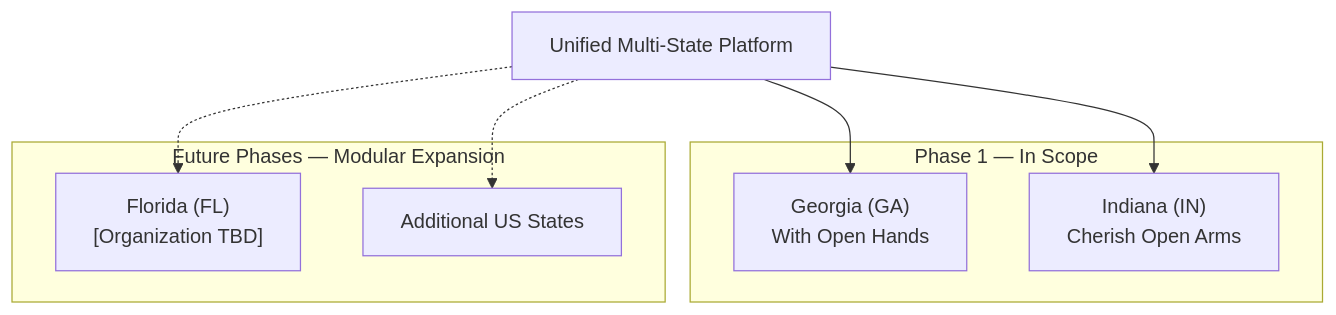
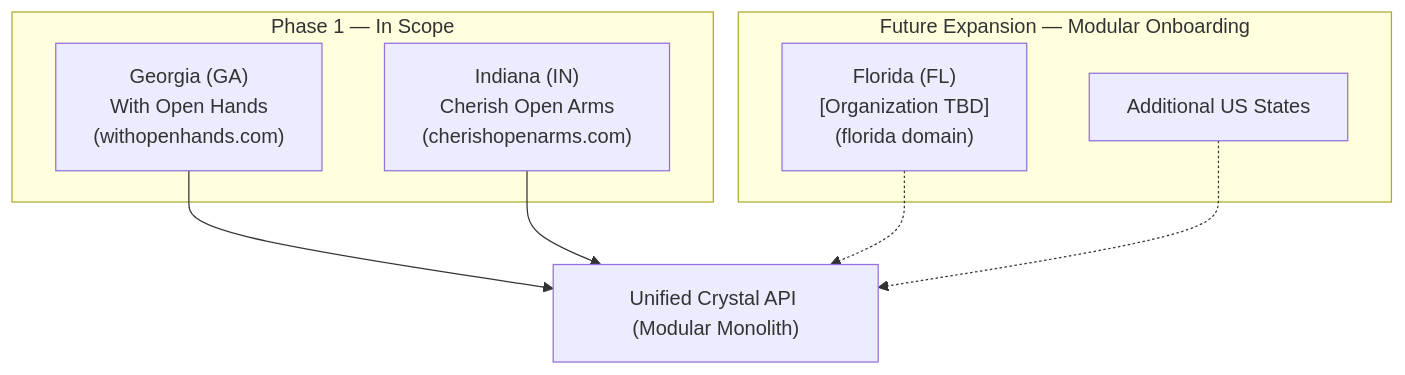
One commit to jico19/Crystal changed the first of 3 diagrams in docs/context.md. Above: the diagram before and after it, drawn with Mermaid. The commit also changed other lines of this file and 90 other files, not shown here.

````diff
--- a/docs/context.md
+++ b/docs/context.md
@@ -31,19 +76,19 @@
 ```mermaid
 graph TD
-    UnifiedPlatform["Unified Multi-State Platform"]
+    UnifiedAPI["Unified Crystal API (Modular Monolith)"]
     
     subgraph Phase1["Phase 1 — In Scope"]
-        GA["Georgia (GA)<br/>With Open Hands"]
-        IN["Indiana (IN)<br/>Cherish Open Arms"]
+        GA["Georgia (GA)<br/>With Open Hands<br/>(withopenhands.com)"]
+        IN["Indiana (IN)<br/>Cherish Open Arms<br/>(cherishopenarms.com)"]
     end
     
-    subgraph FuturePhase["Future Phases — Modular Expansion"]
-        FL["Florida (FL)<br/>[Organization TBD]"]
+    subgraph FuturePhase["Future Expansion — Modular Onboarding"]
+        FL["Florida (FL)<br/>[Organization TBD]<br/>(florida domain)"]
         OtherStates["Additional US States"]
     end
     
-    UnifiedPlatform --> GA
-    UnifiedPlatform --> IN
-    UnifiedPlatform -.-> FL
-    UnifiedPlatform -.-> OtherStates
+    GA --> UnifiedAPI
+    IN --> UnifiedAPI
+    FL -.-> UnifiedAPI
+    OtherStates -.-> UnifiedAPI
 ```
````
